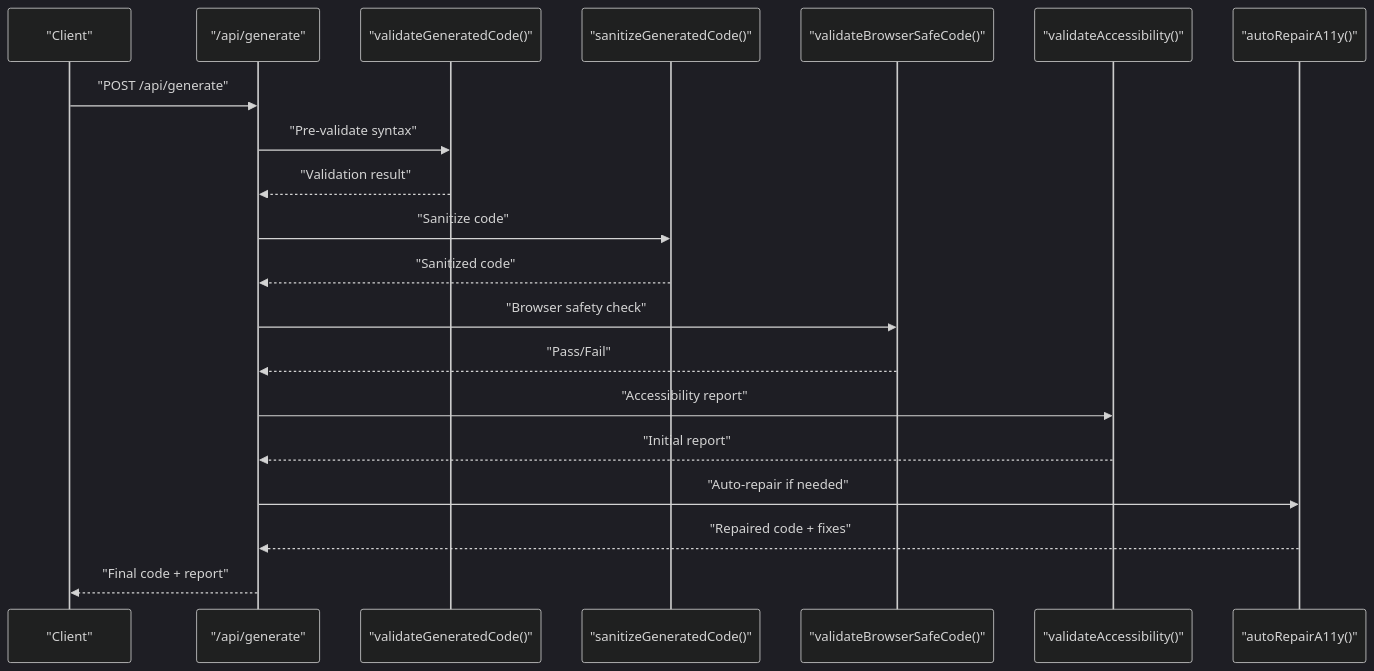
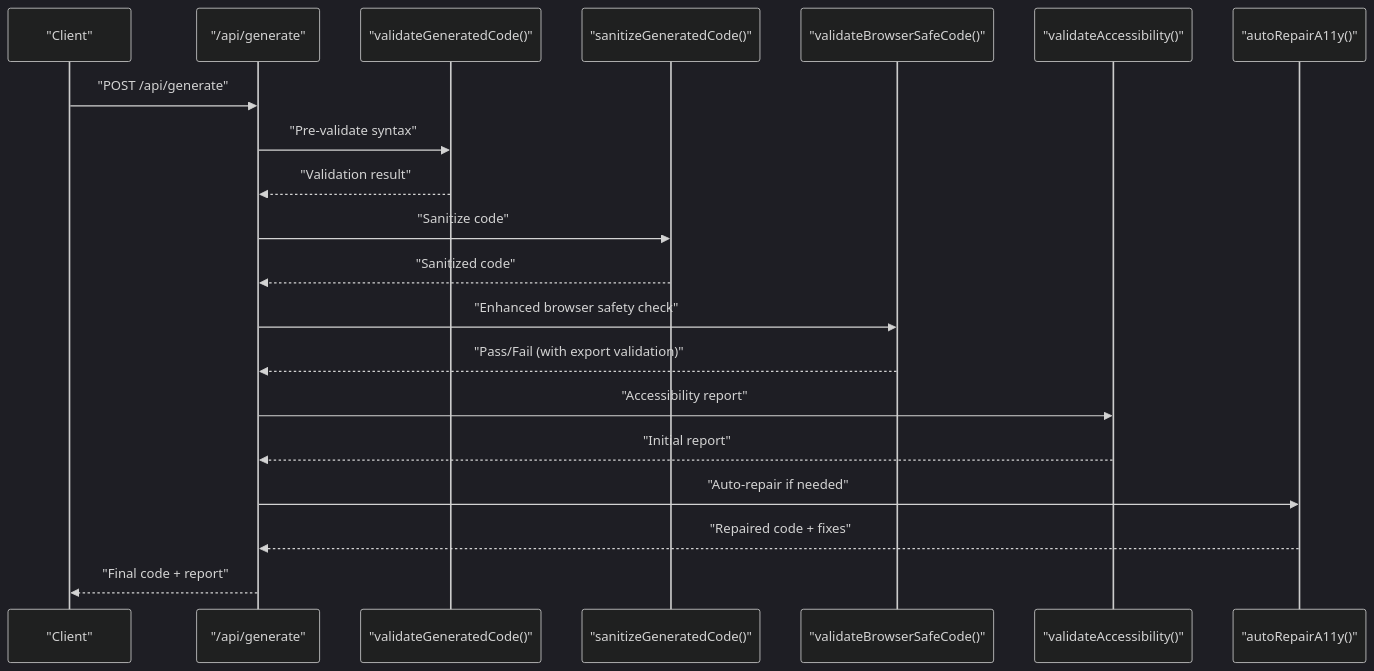
Before and after one commit to shekhargiri005-dotcom/AI-powered-accessibility-first-UI-engine: the second of 8 diagrams in .qoder/repowiki/en/content/Validation & Quality Assurance/Browser Safety Validation.md, drawn with Mermaid (dark theme). The commit also changed other lines of this file and 6 other files, not shown here.

````diff
--- a/.qoder/repowiki/en/content/Validation & Quality Assurance/Browser Safety Validation.md
+++ b/.qoder/repowiki/en/content/Validation & Quality Assurance/Browser Safety Validation.md
@@ -103,22 +109,22 @@
 ```mermaid
 sequenceDiagram
 participant Client as "Client"
 participant API as "/api/generate"
 participant DETERM as "validateGeneratedCode()"
 participant SAN as "sanitizeGeneratedCode()"
 participant SAFE as "validateBrowserSafeCode()"
 participant A11Y as "validateAccessibility()"
 participant REPAIR as "autoRepairA11y()"
 Client->>API : "POST /api/generate"
 API->>DETERM : "Pre-validate syntax"
 DETERM-->>API : "Validation result"
 API->>SAN : "Sanitize code"
 SAN-->>API : "Sanitized code"
-API->>SAFE : "Browser safety check"
-SAFE-->>API : "Pass/Fail"
+API->>SAFE : "Enhanced browser safety check"
+SAFE-->>API : "Pass/Fail (with export validation)"
 API->>A11Y : "Accessibility report"
 A11Y-->>API : "Initial report"
 API->>REPAIR : "Auto-repair if needed"
 REPAIR-->>API : "Repaired code + fixes"
 API-->>Client : "Final code + report"
 ```
````
